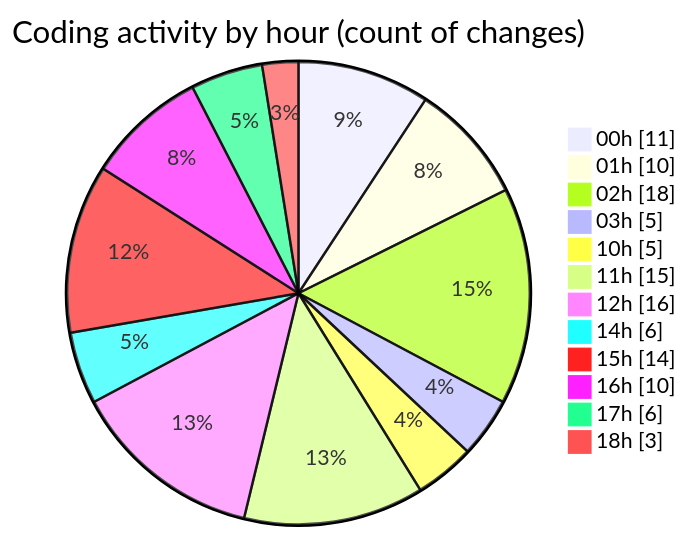
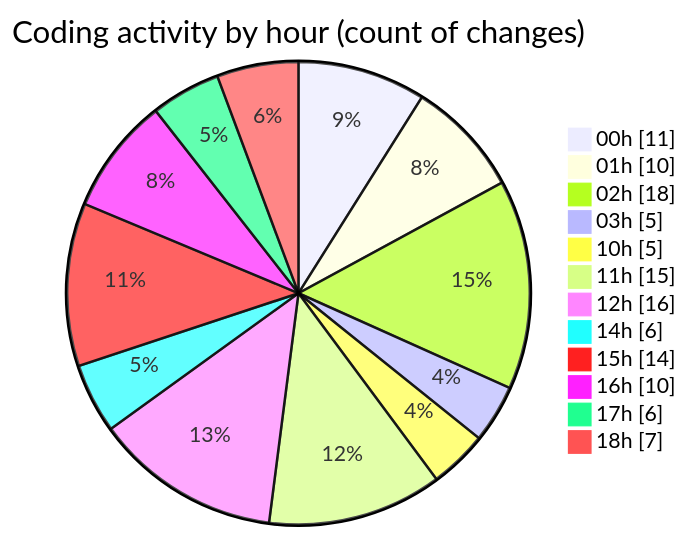
Before and after one commit to julien-gomy/code-tracking: the second of 2 diagrams in 2025-11-02/cdp_aleoudev_fr__workspace_/README.md, drawn with Mermaid. The commit also changed other lines of this file and 1 other file, not shown here.

````diff
--- a/2025-11-02/cdp_aleoudev_fr__workspace_/README.md
+++ b/2025-11-02/cdp_aleoudev_fr__workspace_/README.md
@@ -39,16 +39,16 @@
 ```mermaid
 pie showData
 title Coding activity by hour (count of changes)
 "00h" : 11
 "01h" : 10
 "02h" : 18
 "03h" : 5
 "10h" : 5
 "11h" : 15
 "12h" : 16
 "14h" : 6
 "15h" : 14
 "16h" : 10
 "17h" : 6
-"18h" : 3
+"18h" : 7
 ```
````
